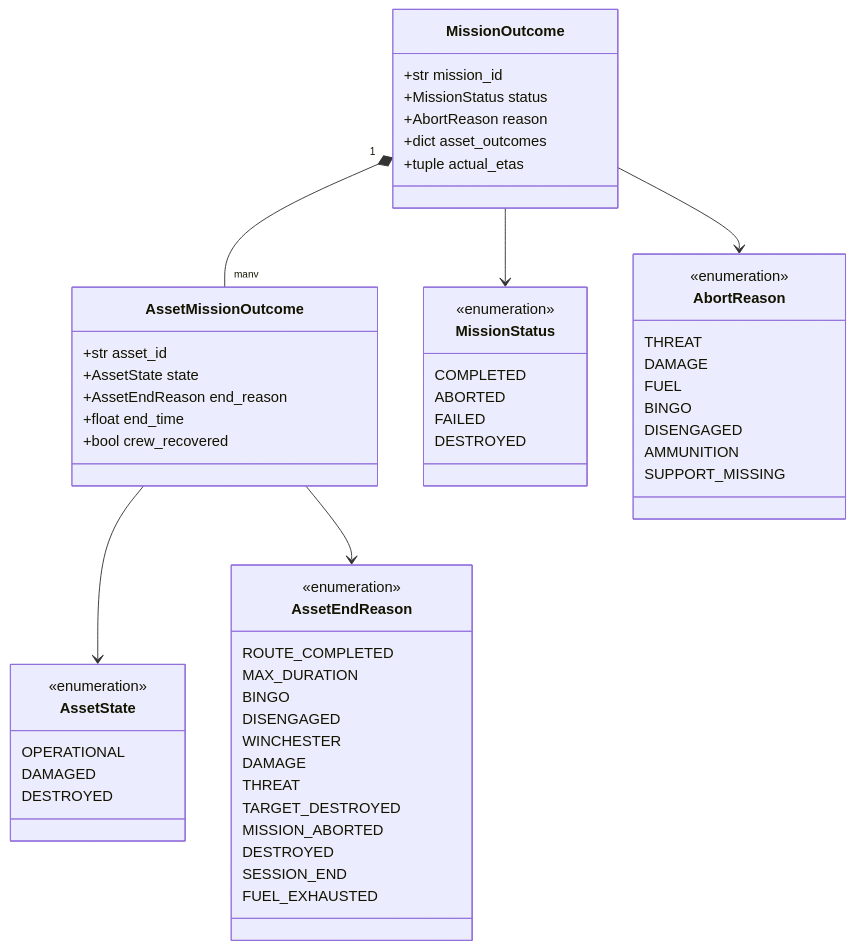
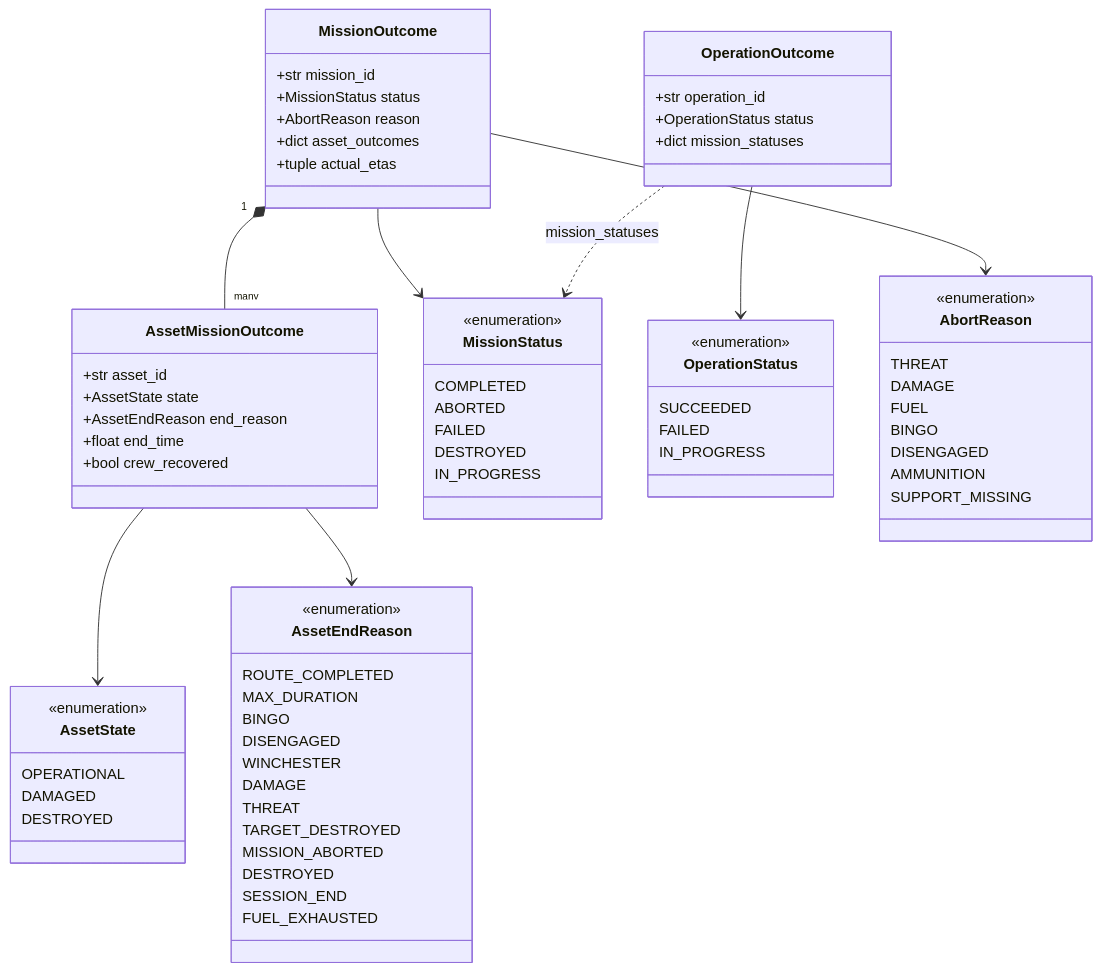
Before and after one commit to MakusIV/Warfare-Model: the third of 5 diagrams in Analysis/Document/Manuale_Motore_DES/03_Strato0_Contratto_Porte.md, drawn with Mermaid. The commit also changed other lines of this file and 10 other files, not shown here.

````diff
--- a/Analysis/Document/Manuale_Motore_DES/03_Strato0_Contratto_Porte.md
+++ b/Analysis/Document/Manuale_Motore_DES/03_Strato0_Contratto_Porte.md
@@ -470,61 +527,75 @@
 ```mermaid
 classDiagram
     class MissionOutcome {
         +str mission_id
         +MissionStatus status
         +AbortReason reason
         +dict asset_outcomes
         +tuple actual_etas
     }
     class AssetMissionOutcome {
         +str asset_id
         +AssetState state
         +AssetEndReason end_reason
         +float end_time
         +bool crew_recovered
     }
     class MissionStatus {
         <<enumeration>>
         COMPLETED
         ABORTED
         FAILED
         DESTROYED
+        IN_PROGRESS
+    }
+    class OperationOutcome {
+        +str operation_id
+        +OperationStatus status
+        +dict mission_statuses
+    }
+    class OperationStatus {
+        <<enumeration>>
+        SUCCEEDED
+        FAILED
+        IN_PROGRESS
     }
     class AbortReason {
         <<enumeration>>
         THREAT
         DAMAGE
         FUEL
         BINGO
         DISENGAGED
         AMMUNITION
         SUPPORT_MISSING
     }
     class AssetState {
         <<enumeration>>
         OPERATIONAL
         DAMAGED
         DESTROYED
     }
     class AssetEndReason {
         <<enumeration>>
         ROUTE_COMPLETED
         MAX_DURATION
         BINGO
         DISENGAGED
         WINCHESTER
         DAMAGE
         THREAT
         TARGET_DESTROYED
         MISSION_ABORTED
         DESTROYED
         SESSION_END
         FUEL_EXHAUSTED
     }
 
     MissionOutcome "1" *-- "many" AssetMissionOutcome
     MissionOutcome --> MissionStatus
+    OperationOutcome --> OperationStatus
+    OperationOutcome ..> MissionStatus : mission_statuses
     MissionOutcome --> AbortReason
     AssetMissionOutcome --> AssetState
     AssetMissionOutcome --> AssetEndReason
 ```
````
